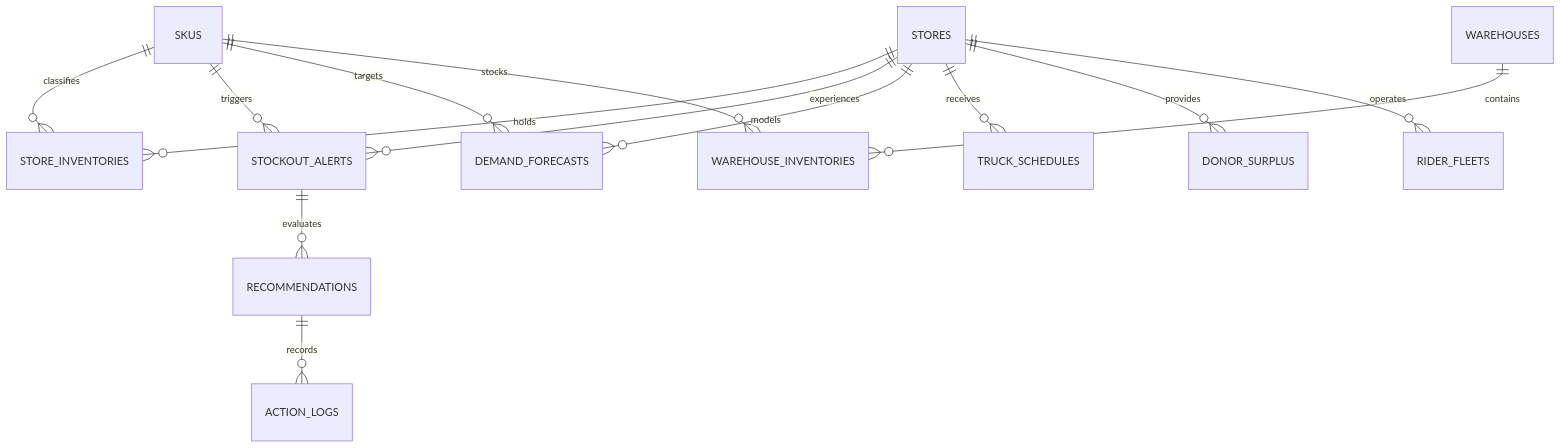
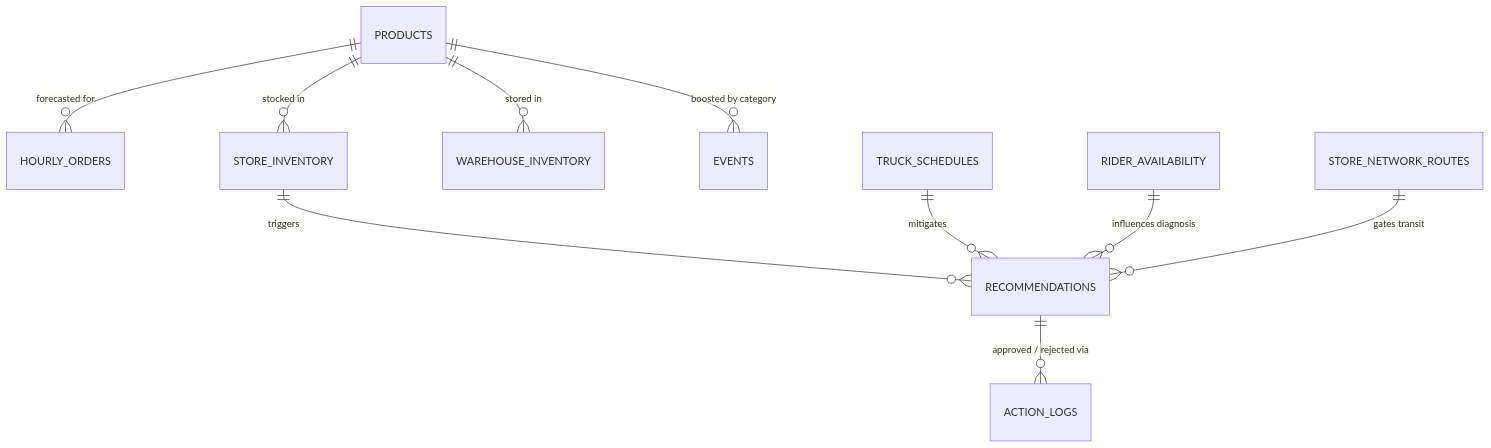
One commit to ZurainaAmber/PulseStock-AI changed the diagram in contracts/data-schema.md. Above: the diagram before and after it, drawn with Mermaid. The commit also changed other lines of this file and 4 other files, not shown here.

````diff
--- a/contracts/data-schema.md
+++ b/contracts/data-schema.md
@@ -11,16 +11,14 @@
 ```mermaid
 erDiagram
-    STORES ||--o{ STORE_INVENTORIES : holds
-    SKUS ||--o{ STORE_INVENTORIES : classifies
-    STORES ||--o{ STOCKOUT_ALERTS : experiences
-    SKUS ||--o{ STOCKOUT_ALERTS : triggers
-    STOCKOUT_ALERTS ||--o{ RECOMMENDATIONS : evaluates
-    RECOMMENDATIONS ||--o{ ACTION_LOGS : records
-    STORES ||--o{ DEMAND_FORECASTS : models
-    SKUS ||--o{ DEMAND_FORECASTS : targets
-    WAREHOUSES ||--o{ WAREHOUSE_INVENTORIES : contains
-    SKUS ||--o{ WAREHOUSE_INVENTORIES : stocks
-    STORES ||--o{ TRUCK_SCHEDULES : receives
-    STORES ||--o{ DONOR_SURPLUS : provides
-    STORES ||--o{ RIDER_FLEETS : operates
+    PRODUCTS ||--o{ HOURLY_ORDERS : "forecasted for"
+    PRODUCTS ||--o{ STORE_INVENTORY : "stocked in"
+    PRODUCTS ||--o{ WAREHOUSE_INVENTORY : "stored in"
+    PRODUCTS ||--o{ EVENTS : "boosted by category"
+    
+    STORE_INVENTORY ||--o{ RECOMMENDATIONS : "triggers"
+    TRUCK_SCHEDULES ||--o{ RECOMMENDATIONS : "mitigates"
+    RIDER_AVAILABILITY ||--o{ RECOMMENDATIONS : "influences diagnosis"
+    STORE_NETWORK_ROUTES ||--o{ RECOMMENDATIONS : "gates transit"
+    
+    RECOMMENDATIONS ||--o{ ACTION_LOGS : "approved / rejected via"
 ```
````
